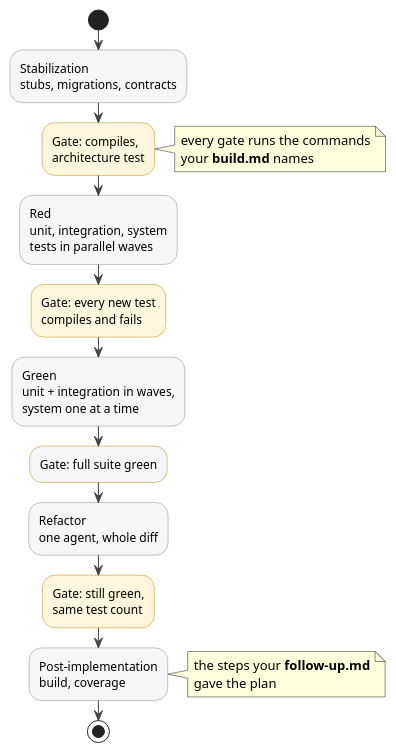
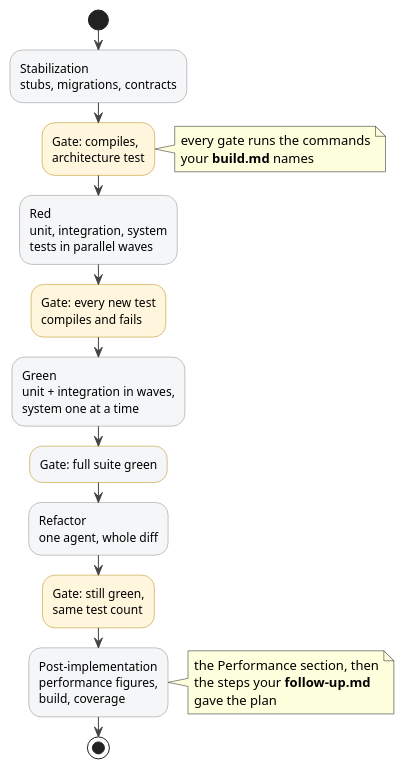
The diagram in docs/diagrams/implement-plan-pipeline.puml (ds-usova/tdd-sdlc), drawn with PlantUML before and after one commit. The commit also changed 38 other files, not shown here.

```diff
--- a/docs/diagrams/implement-plan-pipeline.puml
+++ b/docs/diagrams/implement-plan-pipeline.puml
@@ -1,45 +1,47 @@
 @startuml implement-plan-pipeline
 skinparam defaultFontName Helvetica
 skinparam shadowing false
 skinparam ActivityBackgroundColor #F4F6F8
 skinparam ActivityBorderColor #888
 skinparam ArrowColor #444
 <style>
 activityDiagram {
   .gate {
     BackgroundColor #FFF6DD
     LineColor #B8860B
   }
 }
 </style>
 
 start
 :Stabilization
 stubs, migrations, contracts;
 :Gate: compiles,
 architecture test;<<gate>>
 note right
   every gate runs the commands
   your **build.md** names
 end note
 :Red
 unit, integration, system
 tests in parallel waves;
 :Gate: every new test
 compiles and fails;<<gate>>
 :Green
 unit + integration in waves,
 system one at a time;
 :Gate: full suite green;<<gate>>
 :Refactor
 one agent, whole diff;
 :Gate: still green,
 same test count;<<gate>>
 :Post-implementation
+performance figures,
 build, coverage;
 note right
+  the Performance section, then
   the steps your **follow-up.md**
   gave the plan
 end note
 stop
 @enduml
```
